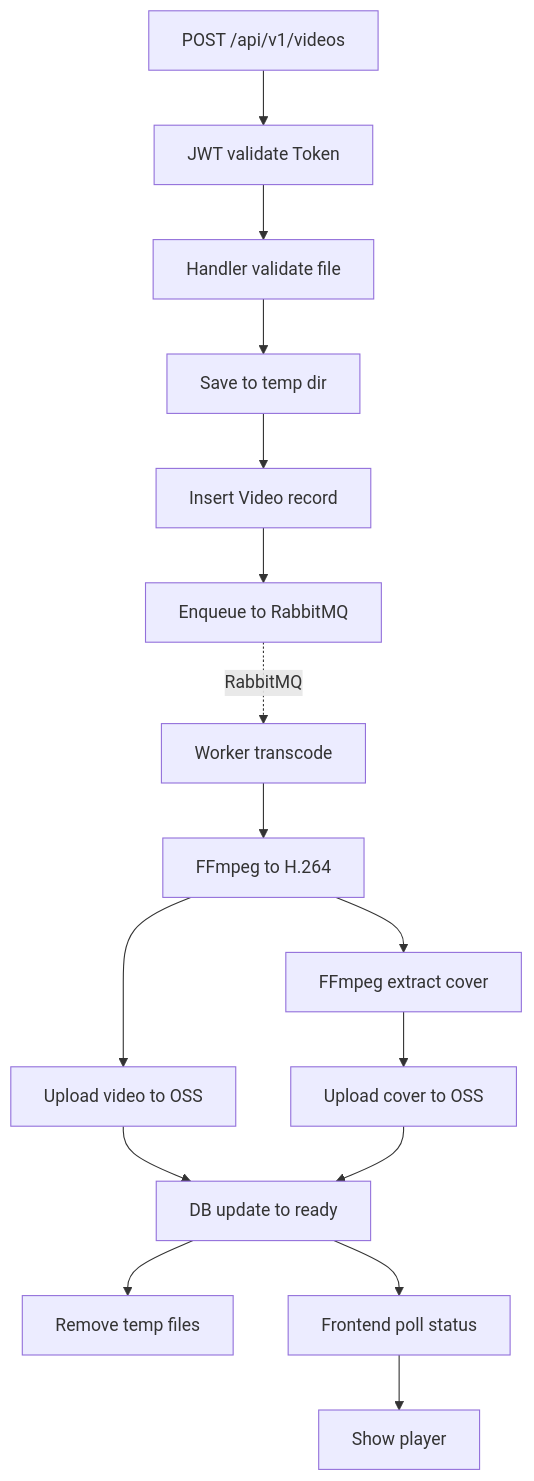
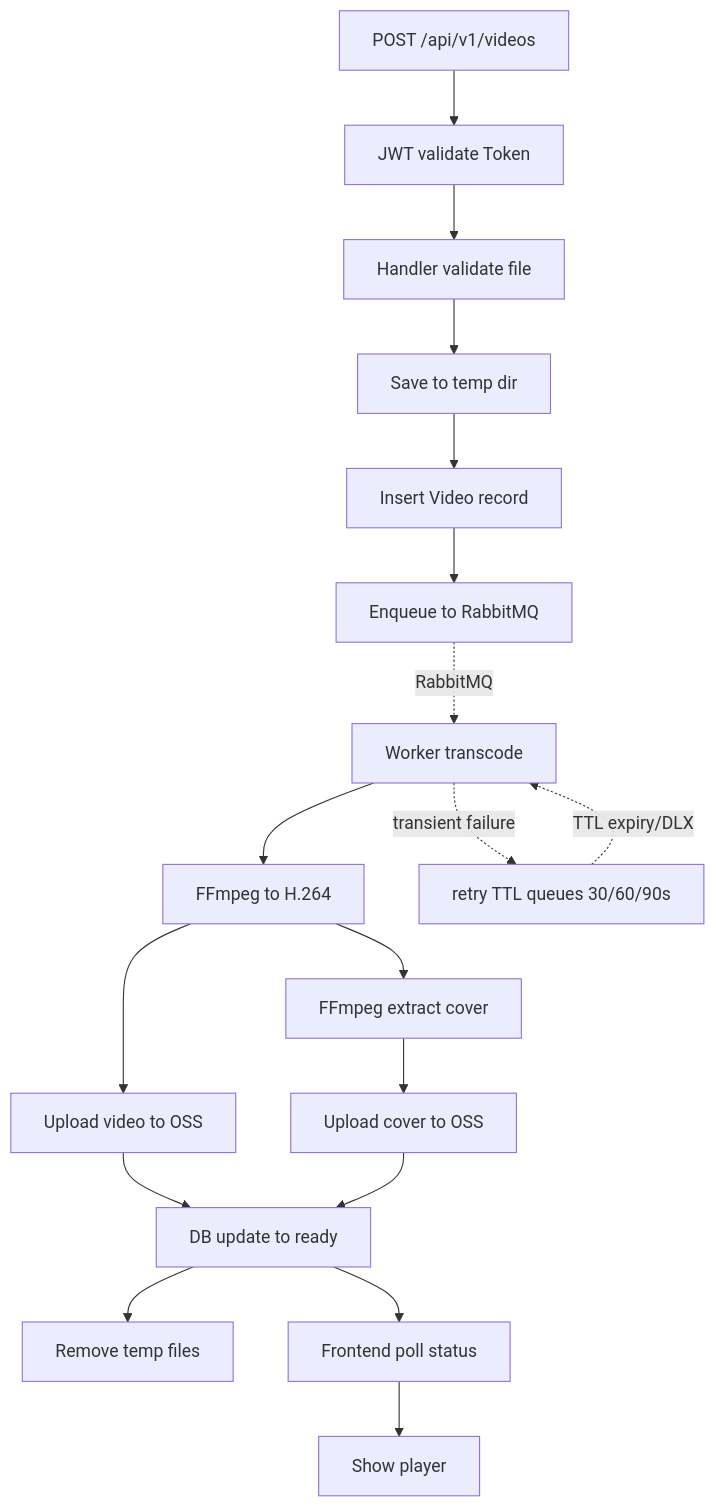
Before and after one commit to earthcake2233/cakecake: the sixth of 6 diagrams in docs/ARCHITECTURE_EN.md, drawn with Mermaid. The commit also changed other lines of this file and 36 other files, not shown here.

````diff
--- a/docs/ARCHITECTURE_EN.md
+++ b/docs/ARCHITECTURE_EN.md
@@ -284,30 +295,33 @@
 ```mermaid
 flowchart TB
     A["POST /api/v1/videos"]
     B["JWT validate Token"]
     C["Handler validate file"]
     D["Save to temp dir"]
     E["Insert Video record"]
     F["Enqueue to RabbitMQ"]
 
     G["Worker transcode"]
     H["FFmpeg to H.264"]
     I["FFmpeg extract cover"]
     J["Upload video to OSS"]
     K["Upload cover to OSS"]
+    R["retry TTL queues 30/60/90s"]
 
     L["DB update to ready"]
     M["Remove temp files"]
     N["Frontend poll status"]
     P["Show player"]
 
     A --> B --> C --> D --> E --> F
     F -.->|RabbitMQ| G
     G --> H
     H --> J
     H --> I --> K
+    G -.->|transient failure| R
+    R -.->|TTL expiry/DLX| G
     J --> L
     K --> L
     L --> M
     L --> N --> P
 ```
````
